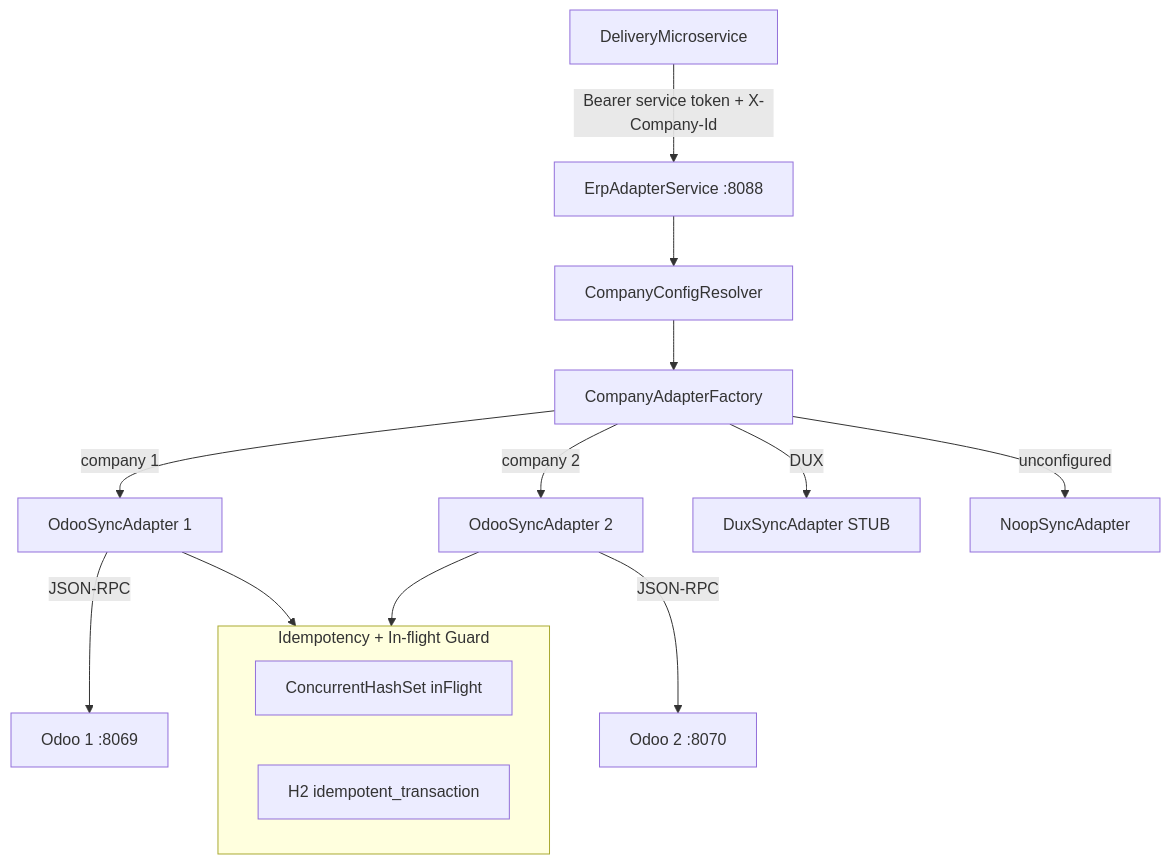
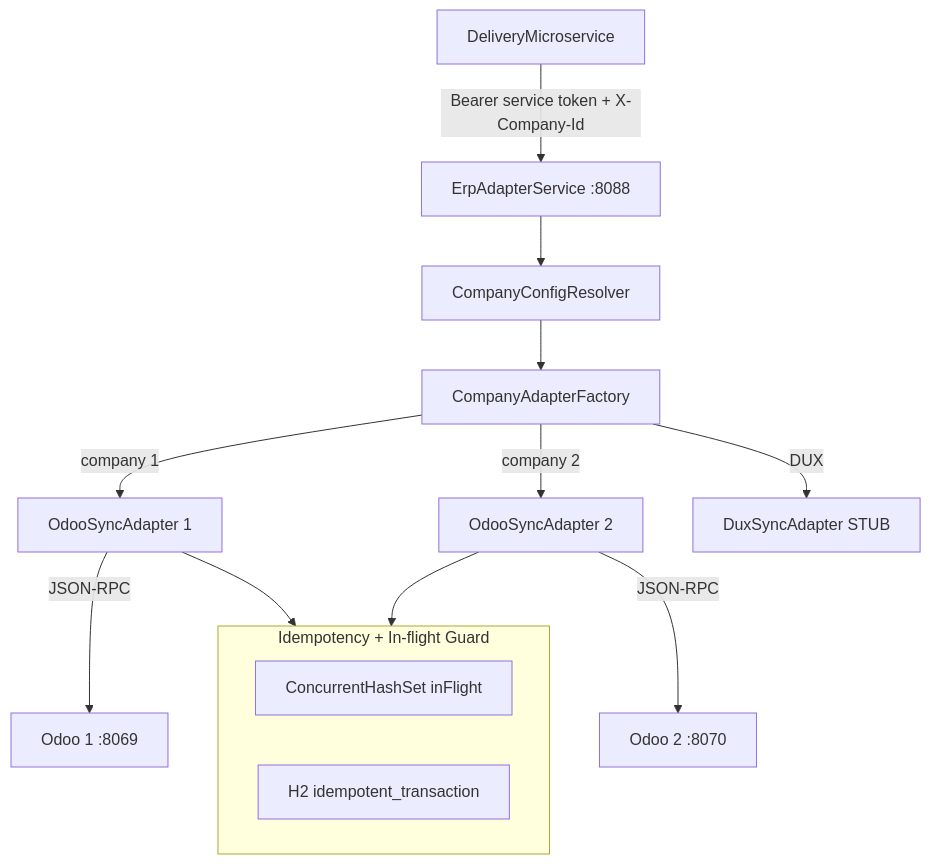
Before and after one commit to Moaziz667/asm-track: the seventh of 7 diagrams in docs/01-global-architecture.md, drawn with Mermaid. The commit also changed other lines of this file and 27 other files, not shown here.

````diff
--- a/docs/01-global-architecture.md
+++ b/docs/01-global-architecture.md
@@ -121,23 +122,21 @@
 ```mermaid
 flowchart TD
     DL["DeliveryMicroservice"] -->|"Bearer service token + X-Company-Id"| EA["ErpAdapterService :8088"]
 
     EA --> CR["CompanyConfigResolver"]
     CR --> CAF["CompanyAdapterFactory"]
 
     CAF -->|company 1| OA1["OdooSyncAdapter 1"]
     CAF -->|company 2| OA2["OdooSyncAdapter 2"]
     CAF -->|DUX| DUX["DuxSyncAdapter STUB"]
-    CAF -->|unconfigured| NOOP["NoopSyncAdapter"]
-
     OA1 -->|JSON-RPC| OD1["Odoo 1 :8069"]
     OA2 -->|JSON-RPC| OD2["Odoo 2 :8070"]
 
     subgraph Guard["Idempotency + In-flight Guard"]
         IFG["ConcurrentHashSet inFlight"]
         IDM["H2 idempotent_transaction"]
     end
 
     OA1 --> Guard
     OA2 --> Guard
 ```
````
